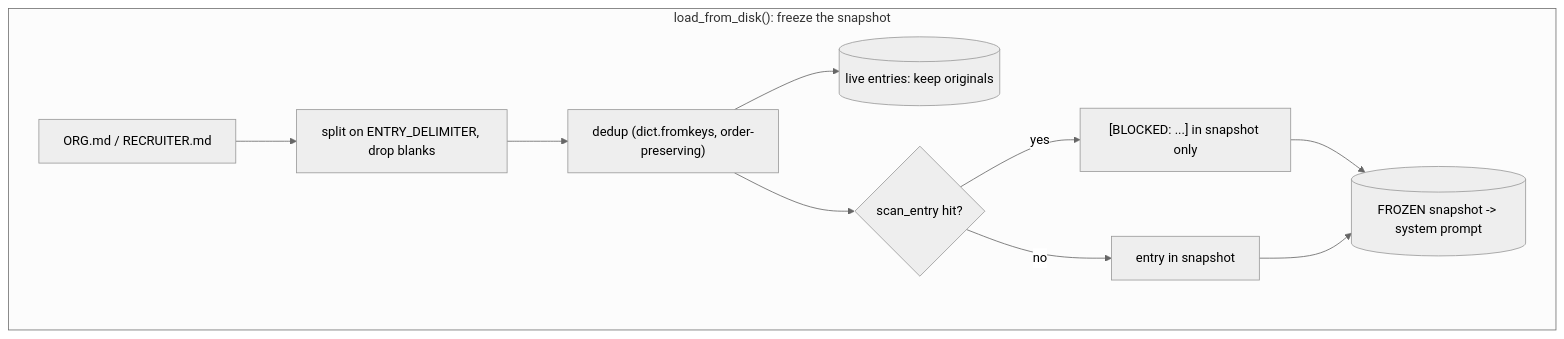
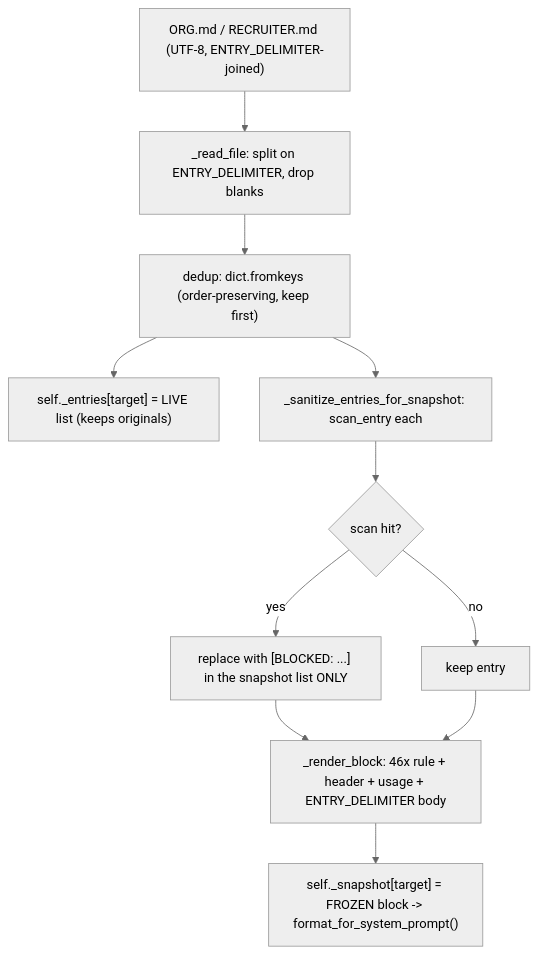
One commit to Ruihang2017/Jobpin-Agent changed the first of 2 diagrams in site/devlog/p0-1.2-memory-store-EN.md. Above: the diagram before and after it, drawn with Mermaid (neutral theme). The commit also changed other lines of this file and 5 other files, not shown here.

````diff
--- a/site/devlog/p0-1.2-memory-store-EN.md
+++ b/site/devlog/p0-1.2-memory-store-EN.md
@@ -28,13 +242,13 @@
 ```mermaid
 flowchart TD
-    subgraph Load["load_from_disk(): freeze the snapshot"]
-      F["ORG.md / RECRUITER.md"] --> SP["split on ENTRY_DELIMITER, drop blanks"]
-      SP --> DD["dedup (dict.fromkeys, order-preserving)"]
-      DD --> LIVE[("live entries: keep originals")]
-      DD --> SC{"scan_entry hit?"}
-      SC -- "yes" --> BK["[BLOCKED: ...] in snapshot only"]
-      SC -- "no" --> KP["entry in snapshot"]
-      BK --> FR[("FROZEN snapshot -> system prompt")]
-      KP --> FR
-    end
+    F["ORG.md / RECRUITER.md (UTF-8, ENTRY_DELIMITER-joined)"] --> RD["_read_file: split on ENTRY_DELIMITER, drop blanks"]
+    RD --> DD["dedup: dict.fromkeys (order-preserving, keep first)"]
+    DD --> LIVE["self._entries[target] = LIVE list (keeps originals)"]
+    DD --> SAN["_sanitize_entries_for_snapshot: scan_entry each"]
+    SAN --> HIT{"scan hit?"}
+    HIT -- "yes" --> BLK["replace with [BLOCKED: ...] in the snapshot list ONLY"]
+    HIT -- "no" --> KEEP["keep entry"]
+    BLK --> RB["_render_block: 46x rule + header + usage + ENTRY_DELIMITER body"]
+    KEEP --> RB
+    RB --> FROZEN["self._snapshot[target] = FROZEN block -> format_for_system_prompt()"]
 ```
````
